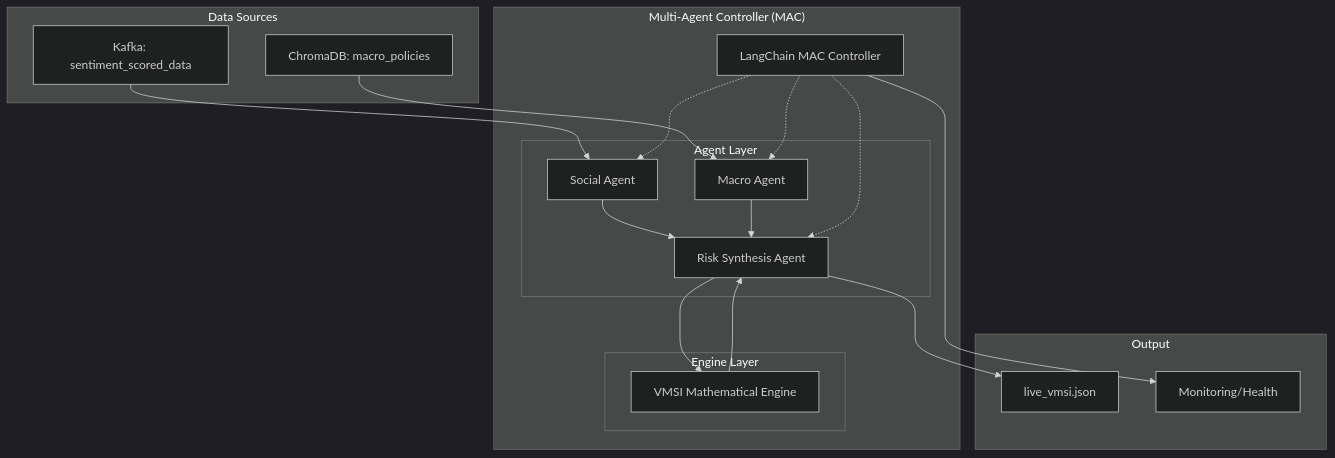
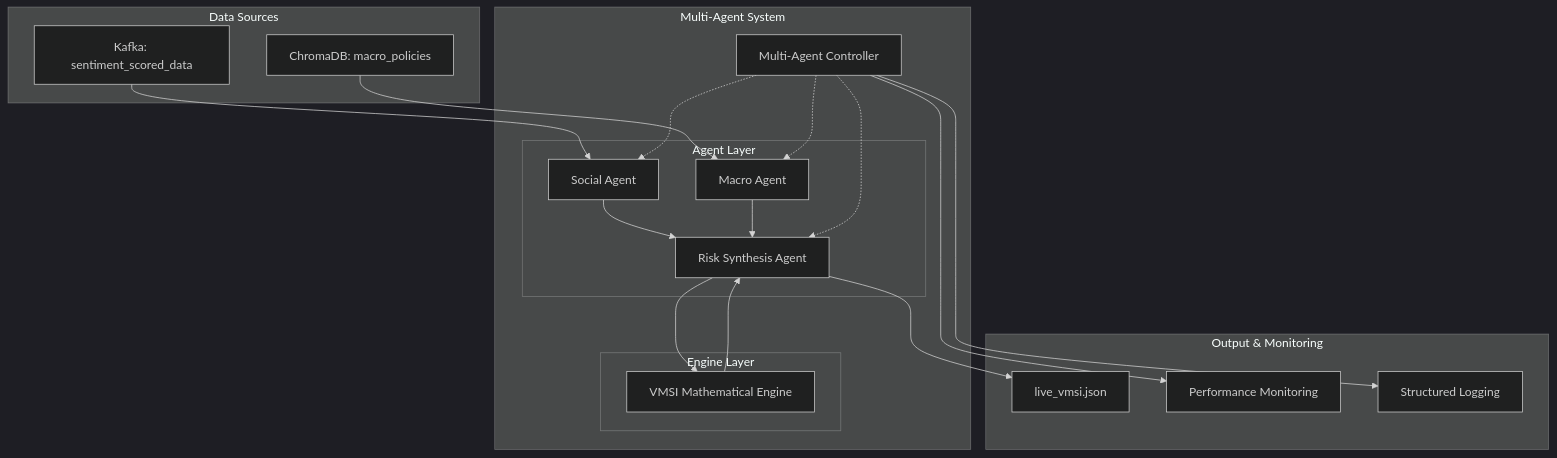
One commit to thanhtrung665/4AE_FinSent_2026_Official changed the diagram in .kiro/specs/multi-agent-system/design.md. Above: the diagram before and after it, drawn with Mermaid (dark theme). The commit also changed other lines of this file and 19 other files, not shown here.

````diff
--- a/.kiro/specs/multi-agent-system/design.md
+++ b/.kiro/specs/multi-agent-system/design.md
@@ -22,39 +24,41 @@
 ```mermaid
 graph TB
     subgraph "Data Sources"
         K[Kafka: sentiment_scored_data]
         C[ChromaDB: macro_policies]
     end
     
-    subgraph "Multi-Agent Controller (MAC)"
-        MAC[LangChain MAC Controller]
+    subgraph "Multi-Agent System"
+        MAC[Multi-Agent Controller]
         
         subgraph "Agent Layer"
             SA[Social Agent]
             MA[Macro Agent]
             RSA[Risk Synthesis Agent]
         end
         
         subgraph "Engine Layer"
             VME[VMSI Mathematical Engine]
         end
     end
     
-    subgraph "Output"
+    subgraph "Output & Monitoring"
         JSON[live_vmsi.json]
-        MON[Monitoring/Health]
+        MON[Performance Monitoring]
+        LOG[Structured Logging]
     end
     
     K --> SA
     C --> MA
     SA --> RSA
     MA --> RSA
     RSA --> VME
     VME --> RSA
     RSA --> JSON
     MAC --> MON
+    MAC --> LOG
     
     MAC -.-> SA
     MAC -.-> MA
     MAC -.-> RSA
 ```
````
